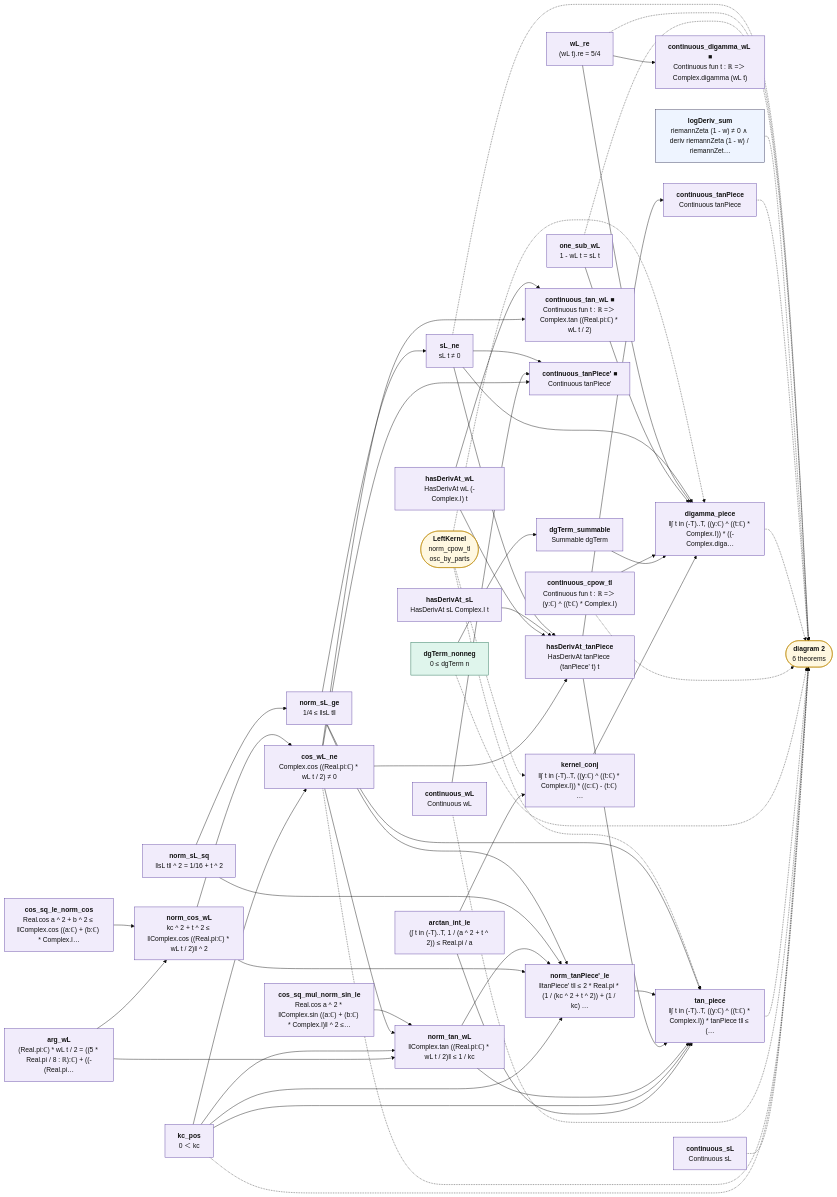
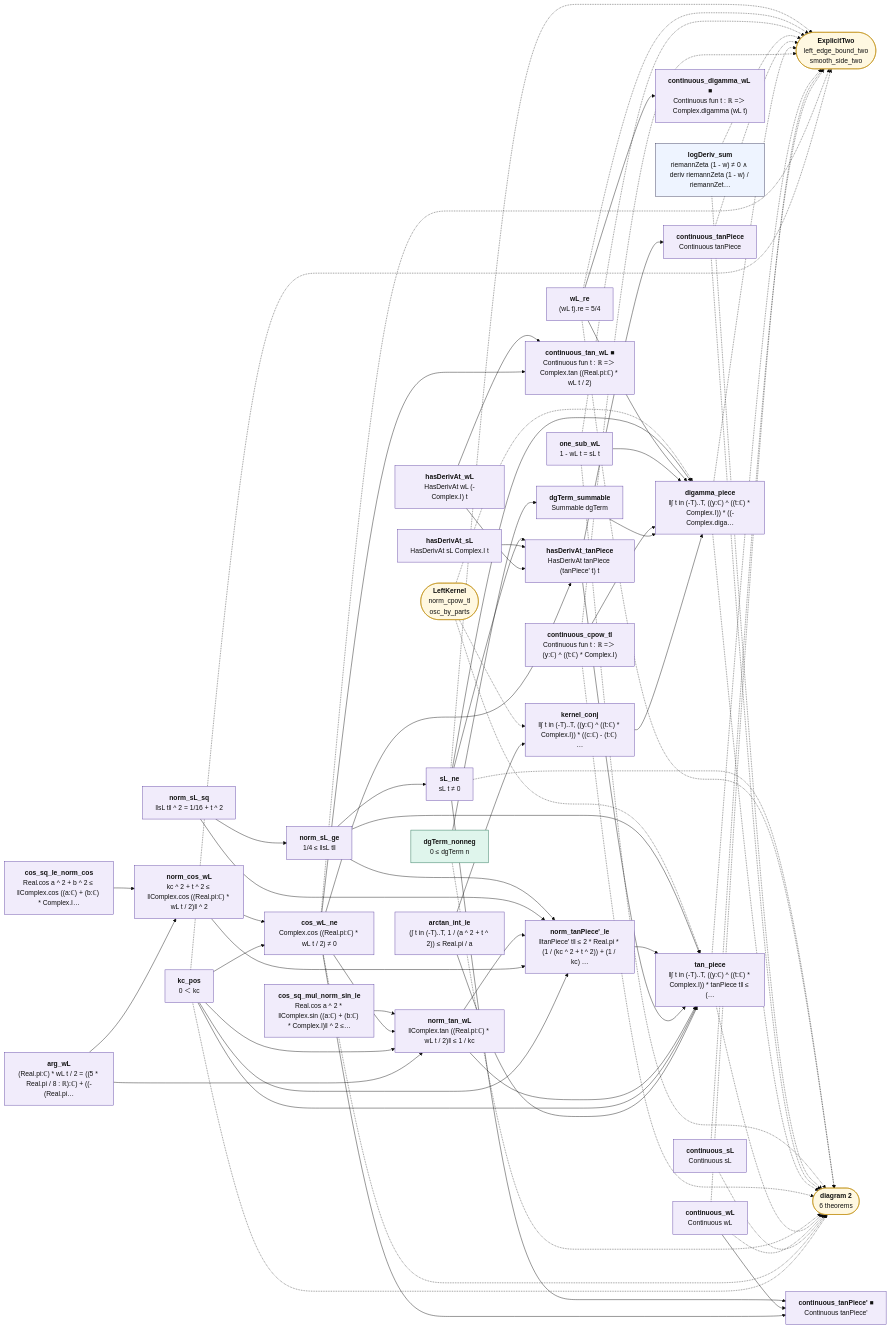
One commit to juliansambranojr/Primebeat_081426 changed the diagram in map/lean_stage3/LeftSmooth.1.mmd. Above: the diagram before and after it, drawn with Mermaid (base theme). The commit also changed 43 other files, not shown here.

```diff
--- a/map/lean_stage3/LeftSmooth.1.mmd
+++ b/map/lean_stage3/LeftSmooth.1.mmd
@@ -1,97 +1,110 @@
 flowchart LR
   n0["<b>arctan_int_le</b><br/>(∫ t in (-T)..T, 1 / (a ^ 2 + t ^ 2)) ≤ Real.pi / a"]:::shp
   n1["<b>kernel_conj</b><br/>‖∫ t in (-T)..T, ((y:ℂ) ^ ((t:ℂ) * Complex.I)) * ((c:ℂ) - (t:ℂ) …"]:::shp
   n2["<b>cos_sq_le_norm_cos</b><br/>Real.cos a ^ 2 + b ^ 2 ≤ ‖Complex.cos ((a:ℂ) + (b:ℂ) * Complex.I…"]:::shp
   n3["<b>cos_sq_mul_norm_sin_le</b><br/>Real.cos a ^ 2 * ‖Complex.sin ((a:ℂ) + (b:ℂ) * Complex.I)‖ ^ 2 ≤…"]:::shp
   n4["<b>logDeriv_sum</b><br/>riemannZeta (1 - w) ≠ 0 ∧ deriv riemannZeta (1 - w) / riemannZet…"]:::thm
   n5["<b>one_sub_wL</b><br/>1 - wL t = sL t"]:::shp
   n6["<b>wL_re</b><br/>(wL t).re = 5/4"]:::shp
   n7["<b>norm_sL_sq</b><br/>‖sL t‖ ^ 2 = 1/16 + t ^ 2"]:::shp
   n8["<b>norm_sL_ge</b><br/>1/4 ≤ ‖sL t‖"]:::shp
   n9["<b>sL_ne</b><br/>sL t ≠ 0"]:::shp
   n10["<b>arg_wL</b><br/>(Real.pi:ℂ) * wL t / 2 = ((5 * Real.pi / 8 : ℝ):ℂ) + ((-(Real.pi…"]:::shp
   n11["<b>kc_pos</b><br/>0 ＜ kc"]:::shp
   n12["<b>norm_cos_wL</b><br/>kc ^ 2 + t ^ 2 ≤ ‖Complex.cos ((Real.pi:ℂ) * wL t / 2)‖ ^ 2"]:::shp
   n13["<b>cos_wL_ne</b><br/>Complex.cos ((Real.pi:ℂ) * wL t / 2) ≠ 0"]:::shp
   n14["<b>norm_tan_wL</b><br/>‖Complex.tan ((Real.pi:ℂ) * wL t / 2)‖ ≤ 1 / kc"]:::shp
   n15["<b>hasDerivAt_wL</b><br/>HasDerivAt wL (-Complex.I) t"]:::shp
   n16["<b>hasDerivAt_sL</b><br/>HasDerivAt sL Complex.I t"]:::shp
   n17["<b>continuous_sL</b><br/>Continuous sL"]:::shp
   n18["<b>continuous_wL</b><br/>Continuous wL"]:::shp
   n19["<b>hasDerivAt_tanPiece</b><br/>HasDerivAt tanPiece (tanPiece' t) t"]:::shp
   n20["<b>continuous_tan_wL ■</b><br/>Continuous fun t : ℝ =＞ Complex.tan ((Real.pi:ℂ) * wL t / 2)"]:::shp
   n21["<b>continuous_tanPiece' ■</b><br/>Continuous tanPiece'"]:::shp
   n22["<b>norm_tanPiece'_le</b><br/>‖tanPiece' t‖ ≤ 2 * Real.pi * (1 / (kc ^ 2 + t ^ 2)) + (1 / kc) …"]:::shp
   n23["<b>tan_piece</b><br/>‖∫ t in (-T)..T, ((y:ℂ) ^ ((t:ℂ) * Complex.I)) * tanPiece t‖ ≤ (…"]:::shp
   n24["<b>dgTerm_nonneg</b><br/>0 ≤ dgTerm n"]:::cnt
   n25["<b>dgTerm_summable</b><br/>Summable dgTerm"]:::shp
   n26["<b>continuous_digamma_wL ■</b><br/>Continuous fun t : ℝ =＞ Complex.digamma (wL t)"]:::shp
   n27["<b>continuous_cpow_tI</b><br/>Continuous fun t : ℝ =＞ (y:ℂ) ^ ((t:ℂ) * Complex.I)"]:::shp
   n28["<b>digamma_piece</b><br/>‖∫ t in (-T)..T, ((y:ℂ) ^ ((t:ℂ) * Complex.I)) * ((-Complex.diga…"]:::shp
   n29["<b>continuous_tanPiece</b><br/>Continuous tanPiece"]:::shp
   x0(["<b>LeftKernel</b><br/>norm_cpow_tI<br/>osc_by_parts"]):::ext
-  x1(["<b>diagram 2</b><br/>6 theorems"]):::ext
+  x1(["<b>ExplicitTwo</b><br/>left_edge_bound_two<br/>smooth_side_two"]):::ext
+  x2(["<b>diagram 2</b><br/>6 theorems"]):::ext
   n0 --> n1
   n0 --> n23
   n1 --> n28
   n10 --> n12
   n10 --> n14
   n11 --> n13
   n11 --> n14
   n11 --> n22
   n11 --> n23
   n12 --> n13
   n12 --> n22
   n13 --> n14
   n13 --> n19
   n13 --> n20
   n13 --> n21
   n14 --> n22
   n14 --> n23
   n15 --> n19
   n15 --> n20
   n16 --> n19
   n18 --> n21
   n19 --> n23
   n19 --> n29
   n2 --> n12
   n22 --> n23
   n24 --> n25
   n25 --> n28
   n27 --> n28
   n3 --> n14
   n5 --> n28
   n6 --> n26
   n6 --> n28
   n7 --> n22
   n7 --> n8
   n8 --> n22
   n8 --> n23
   n8 --> n9
   n9 --> n19
   n9 --> n21
   n9 --> n28
   n11 -.-> x1
+  n11 -.-> x2
   n13 -.-> x1
+  n13 -.-> x2
   n17 -.-> x1
+  n17 -.-> x2
   n18 -.-> x1
+  n18 -.-> x2
   n23 -.-> x1
-  n24 -.-> x1
+  n23 -.-> x2
+  n24 -.-> x2
   n27 -.-> x1
+  n27 -.-> x2
   n28 -.-> x1
+  n28 -.-> x2
   n29 -.-> x1
+  n29 -.-> x2
   n4 -.-> x1
+  n4 -.-> x2
   n5 -.-> x1
+  n5 -.-> x2
   n6 -.-> x1
+  n6 -.-> x2
   n9 -.-> x1
+  n9 -.-> x2
   x0 -.-> n1
   x0 -.-> n23
   x0 -.-> n28
   classDef cnt fill:#dff5ec,stroke:#17694a,color:#111
   classDef shp fill:#f1ecfb,stroke:#5b3fa0,color:#111
   classDef rh fill:#ffe5e5,stroke:#c22,color:#111,stroke-width:2px
   classDef thm fill:#eef4ff,stroke:#335,color:#111
   classDef end_ fill:#e7f7e7,stroke:#2a7,color:#111,stroke-width:2px
   classDef lone fill:#fff,stroke:#999,color:#111,stroke-dasharray:4 3
   classDef bad fill:#ffe5e5,stroke:#c22,color:#111,stroke-width:2px
   classDef ext fill:#fff8e1,stroke:#b80,color:#111
```
